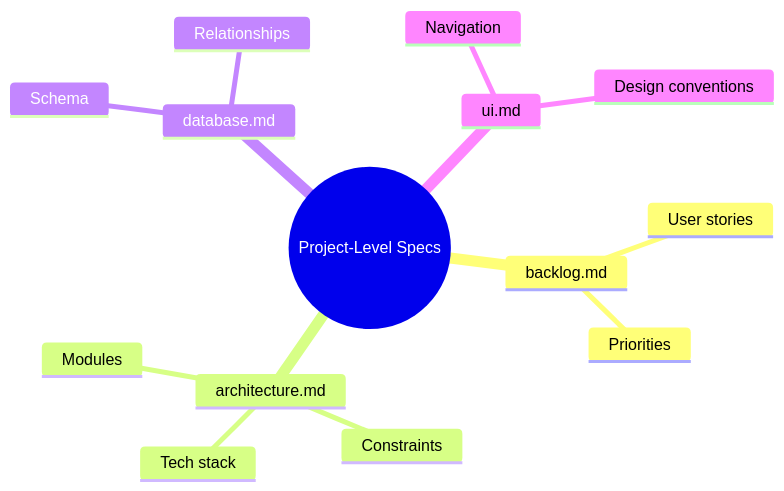
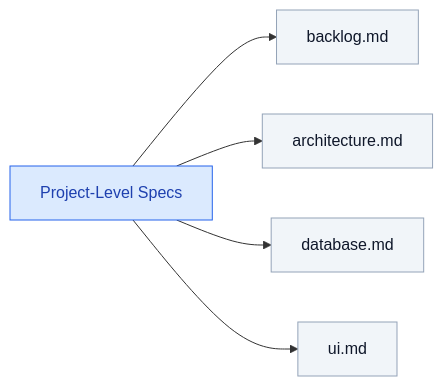
Before and after one commit to mtov/AgileSpec: the second of 5 diagrams in README.md, drawn with Mermaid. The commit also changed other lines of this file, not shown here.

Commit message:
Refine specification diagrams and documentation responsibilities

````diff
--- a/README.md
+++ b/README.md
@@ -87,17 +90,16 @@
 ```mermaid
-mindmap
-  root((Project-Level Specs))
-    backlog.md
-      User stories
-      Priorities
-    architecture.md
-      Modules
-      Constraints
-      Tech stack
-    database.md
-      Schema
-      Relationships
-    ui.md
-      Navigation
-      Design conventions
+
+flowchart LR
+    P["Project-Level Specs"]
+
+    P --> B["backlog.md"]
+    P --> A["architecture.md"]
+    P --> D["database.md"]
+    P --> U["ui.md"]
+
+    classDef root fill:#dbeafe,stroke:#2563eb,color:#1e40af
+    classDef doc fill:#f1f5f9,stroke:#94a3b8,color:#0f172a
+
+    class P root
+    class B,A,D,U doc
 ```
````
